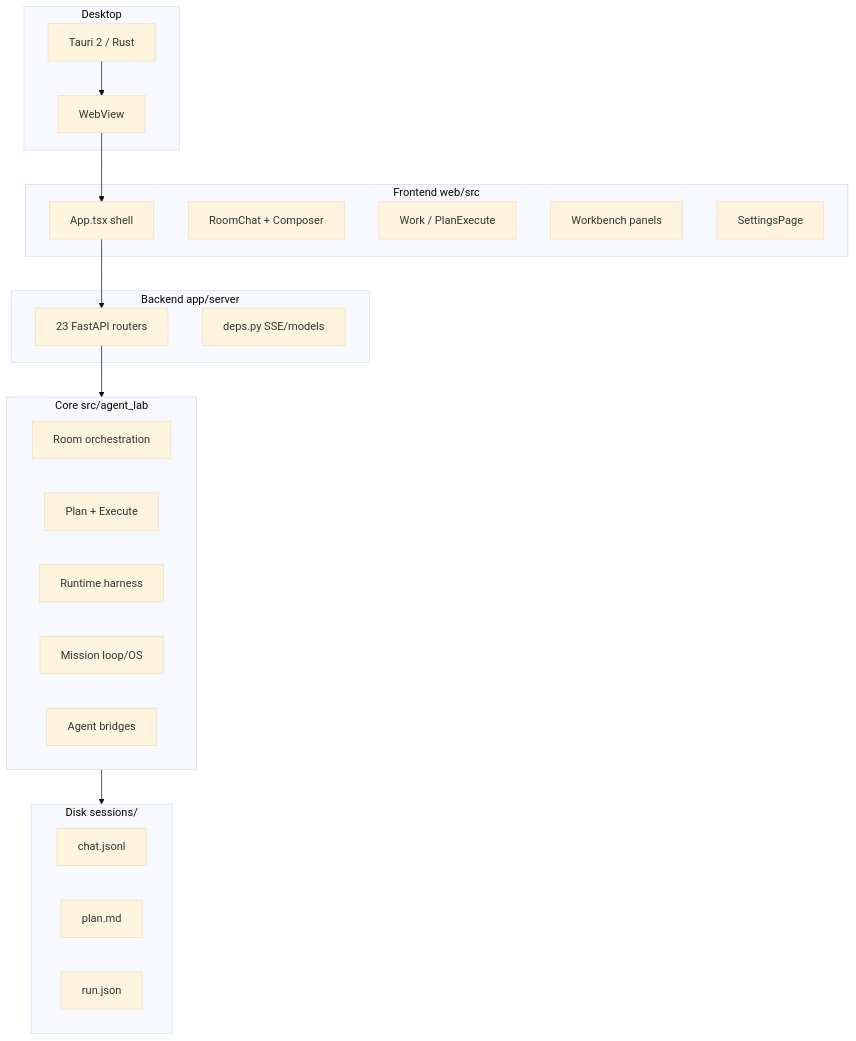
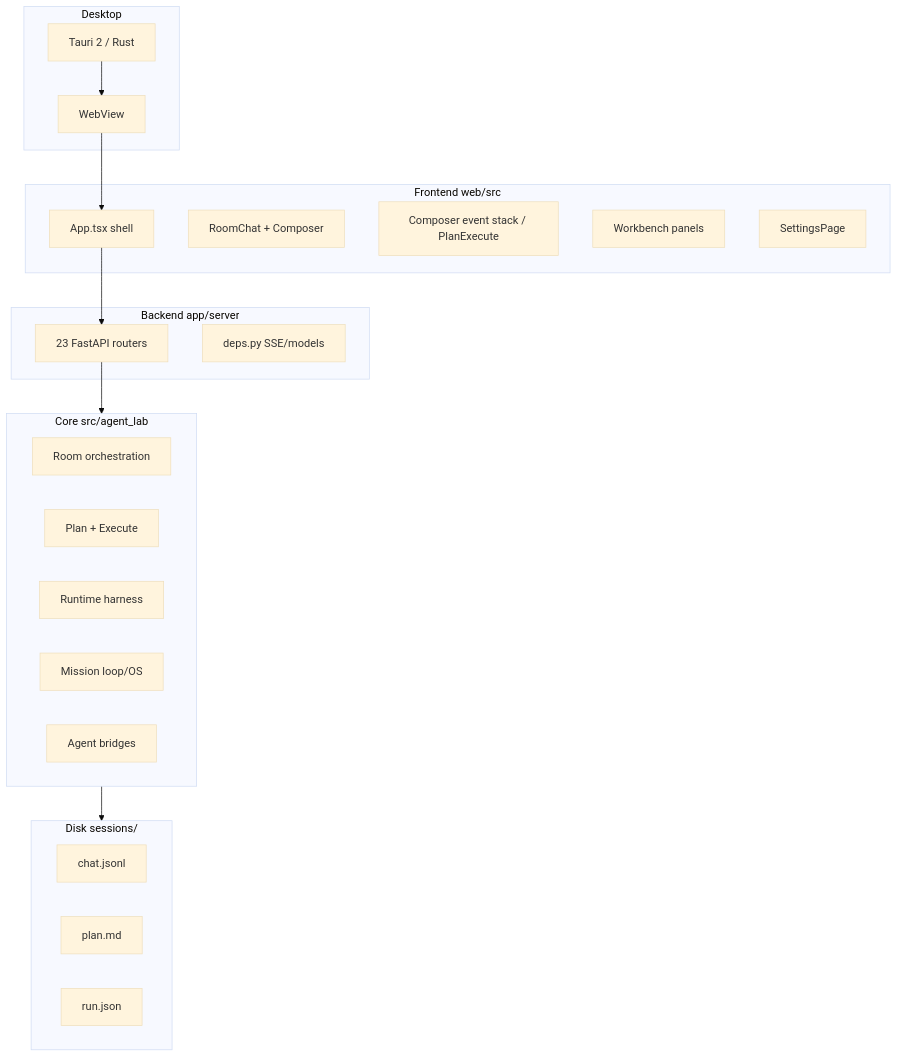
Before and after one commit to dbswhd/agent-lab: the diagram in docs/ARCHITECTURE.md, drawn with Mermaid (base theme). The commit also changed other lines of this file and 3 other files, not shown here.

````diff
--- a/docs/ARCHITECTURE.md
+++ b/docs/ARCHITECTURE.md
@@ -47,39 +47,39 @@
 ```mermaid
 flowchart TB
     subgraph desktop["Desktop"]
         Tauri[Tauri 2 / Rust]
         WebView[WebView]
     end
 
     subgraph frontend["Frontend web/src"]
         App[App.tsx shell]
         RoomUI[RoomChat + Composer]
-        WorkUI[Work / PlanExecute]
+        WorkUI[Composer event stack / PlanExecute]
         WB[Workbench panels]
         Settings[SettingsPage]
     end
 
     subgraph api["Backend app/server"]
         Routers[23 FastAPI routers]
         Deps[deps.py SSE/models]
     end
 
     subgraph core["Core src/agent_lab"]
         Room[Room orchestration]
         Plan[Plan + Execute]
         Runtime[Runtime harness]
         Mission[Mission loop/OS]
         Agents[Agent bridges]
     end
 
     subgraph disk["Disk sessions/"]
         Chat[chat.jsonl]
         PlanMd[plan.md]
         Run[run.json]
     end
 
     Tauri --> WebView --> App
     App --> Routers
     Routers --> core
     core --> disk
 ```
````
